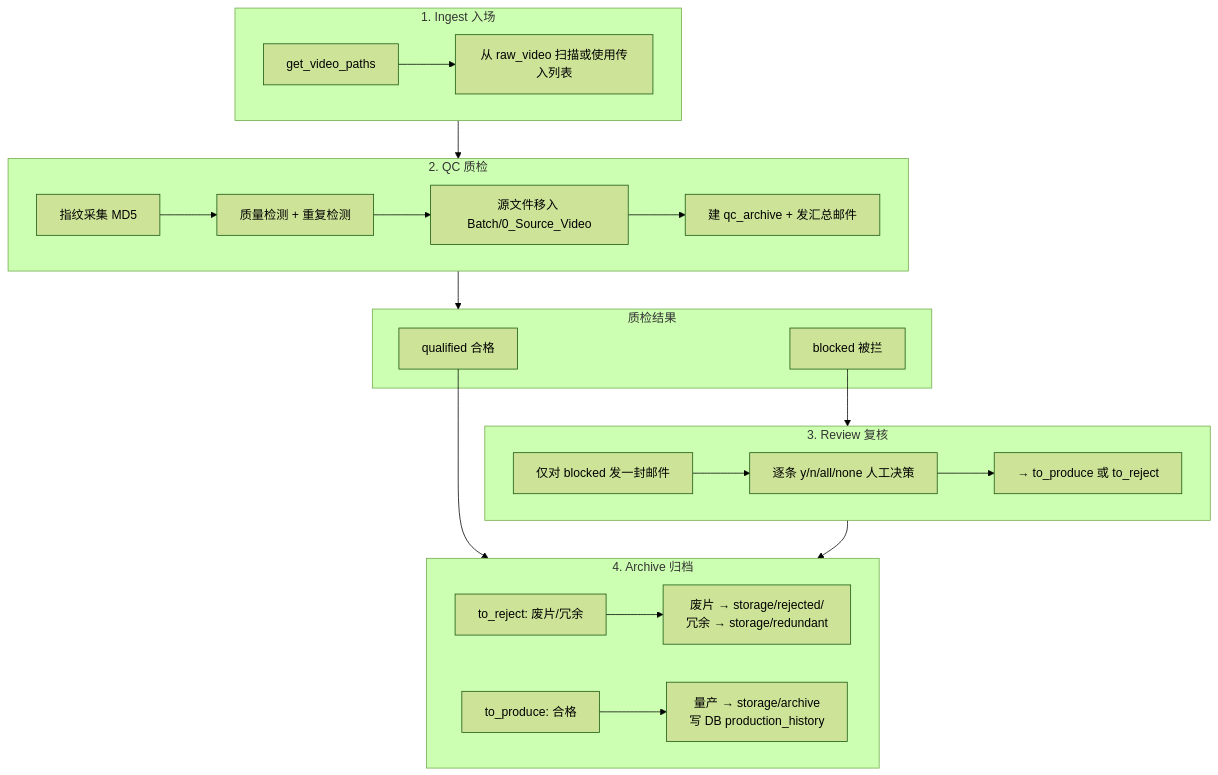
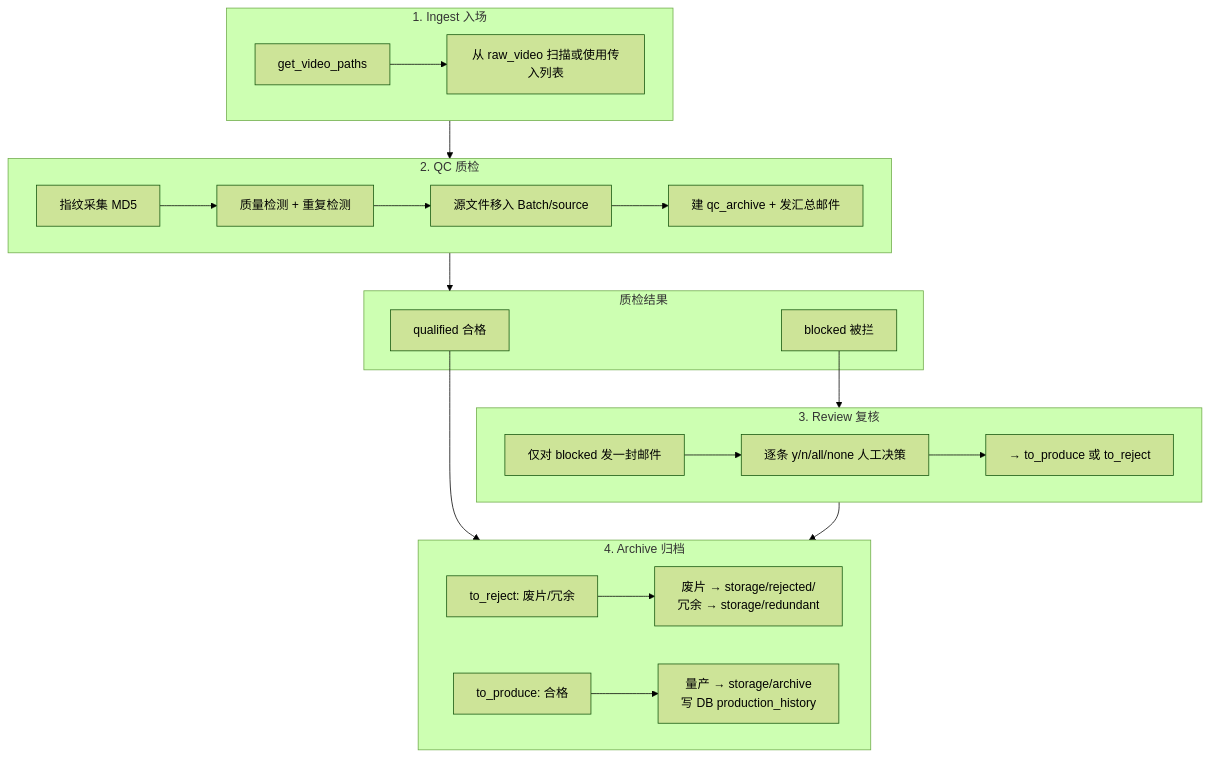
Before and after one commit to smileyimao/DataFactory: the third of 5 diagrams in docs/logic_diagram.md, drawn with Mermaid (forest theme). The commit also changed 34 other files, not shown here.

````diff
--- a/docs/logic_diagram.md
+++ b/docs/logic_diagram.md
@@ -52,41 +52,41 @@
 ```mermaid
 flowchart TB
     subgraph ingest["1. Ingest 入场"]
         I1[get_video_paths]
         I2[从 raw_video 扫描或使用传入列表]
         I1 --> I2
     end
 
     subgraph qc["2. QC 质检"]
         Q1[指纹采集 MD5]
         Q2[质量检测 + 重复检测]
-        Q3[源文件移入 Batch/0_Source_Video]
+        Q3[源文件移入 Batch/source]
         Q4[建 qc_archive + 发汇总邮件]
         Q1 --> Q2 --> Q3 --> Q4
     end
 
     subgraph split["质检结果"]
         S1[qualified 合格]
         S2[blocked 被拦]
     end
 
     subgraph review["3. Review 复核"]
         R1[仅对 blocked 发一封邮件]
         R2[逐条 y/n/all/none 人工决策]
         R3[→ to_produce 或 to_reject]
         R1 --> R2 --> R3
     end
 
     subgraph archive["4. Archive 归档"]
         A1[to_reject: 废片/冗余]
         A2[to_produce: 合格]
         A1 --> A1a[废片 → storage/rejected/<br/>冗余 → storage/redundant]
         A2 --> A2a[量产 → storage/archive<br/>写 DB production_history]
     end
 
     ingest --> qc
     qc --> split
     S1 --> archive
     S2 --> review
     review --> archive
 ```
````
